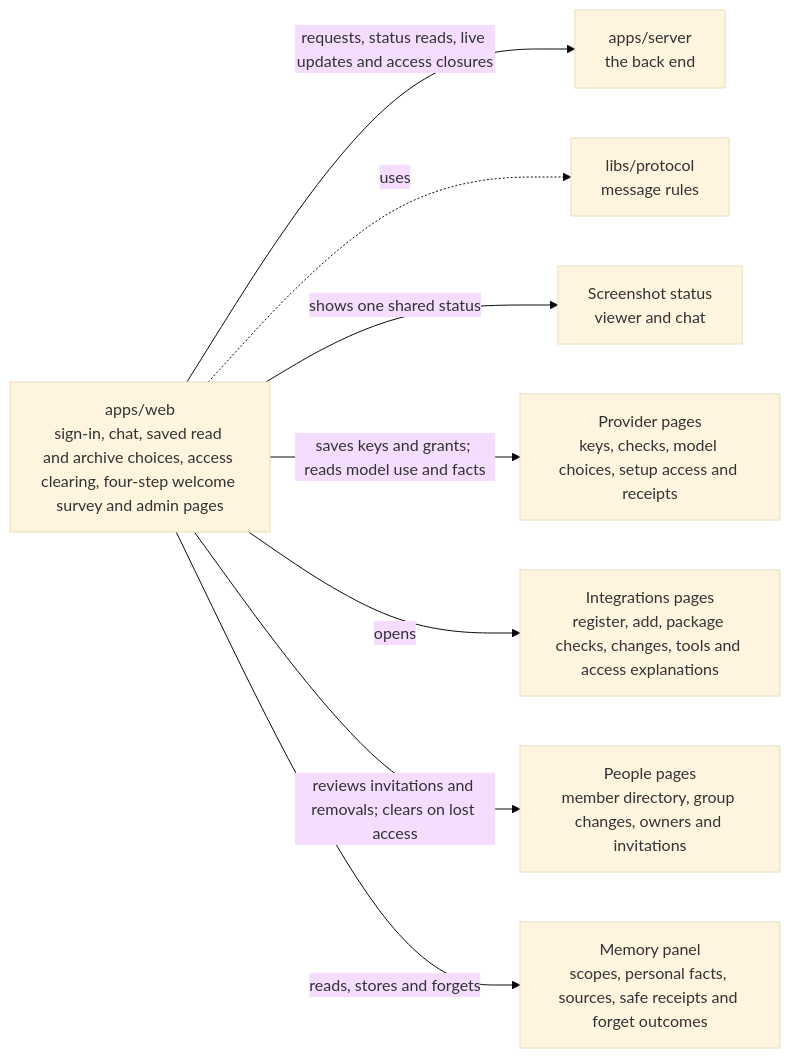
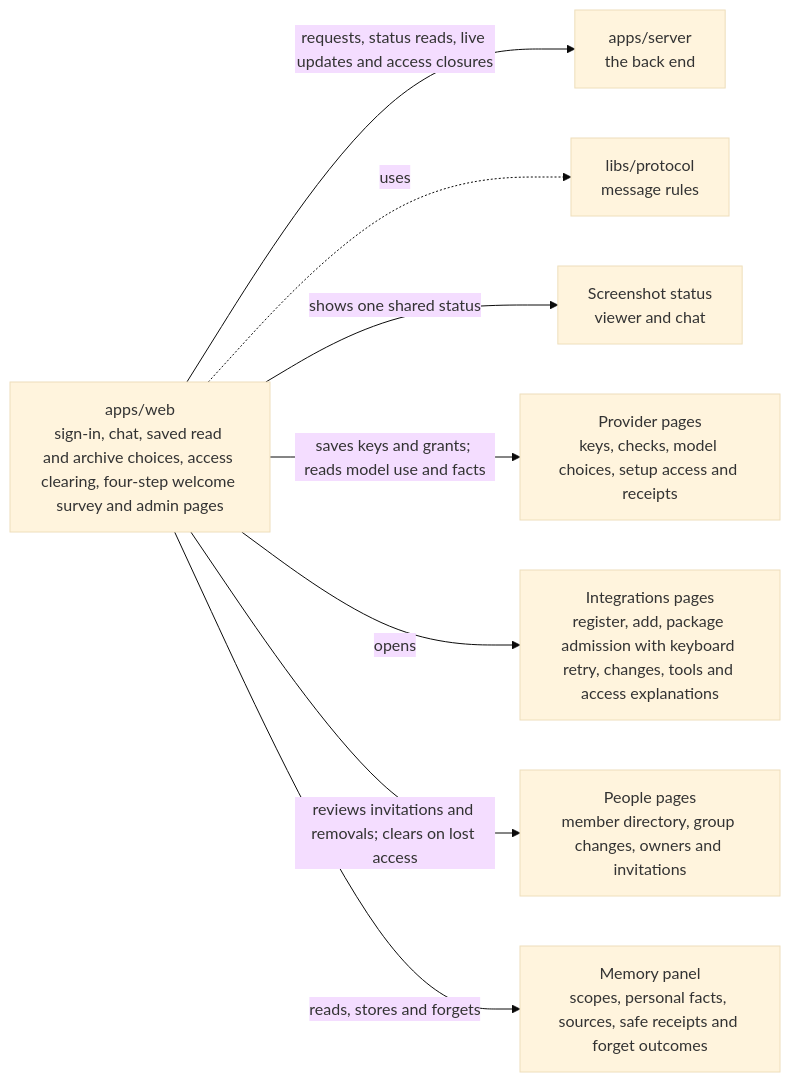
One commit to elewa-git/opencrane-new changed the diagram in apps/web/README.md. Above: the diagram before and after it, drawn with Mermaid (base theme). The commit also changed other lines of this file and 22 other files, not shown here.

First line of the commit message:
🚫 Integrations shows why a hosted package was refused, and when its check is unavailable (#467)

````diff
--- a/apps/web/README.md
+++ b/apps/web/README.md
@@ -11,10 +11,10 @@
 ```mermaid
 flowchart LR
   web["apps/web<br/>sign-in, chat, saved read and archive choices, access clearing, four-step welcome survey and admin pages"] -->|requests, status reads, live updates and access closures| server["apps/server<br/>the back end"]
   web -.->|uses| protocol["libs/protocol<br/>message rules"]
   web -->|shows one shared status| capture["Screenshot status<br/>viewer and chat"]
   web -->|saves keys and grants; reads model use and facts| providers["Provider pages<br/>keys, checks, model choices, setup access and receipts"]
-  web -->|opens| integrations["Integrations pages<br/>register, add, package checks, changes, tools and access explanations"]
+  web -->|opens| integrations["Integrations pages<br/>register, add, package admission with keyboard retry, changes, tools and access explanations"]
   web -->|reviews invitations and removals; clears on lost access| people["People pages<br/>member directory, group changes, owners and invitations"]
   web -->|reads, stores and forgets| memory["Memory panel<br/>scopes, personal facts, sources, safe receipts and forget outcomes"]
 ```
````
